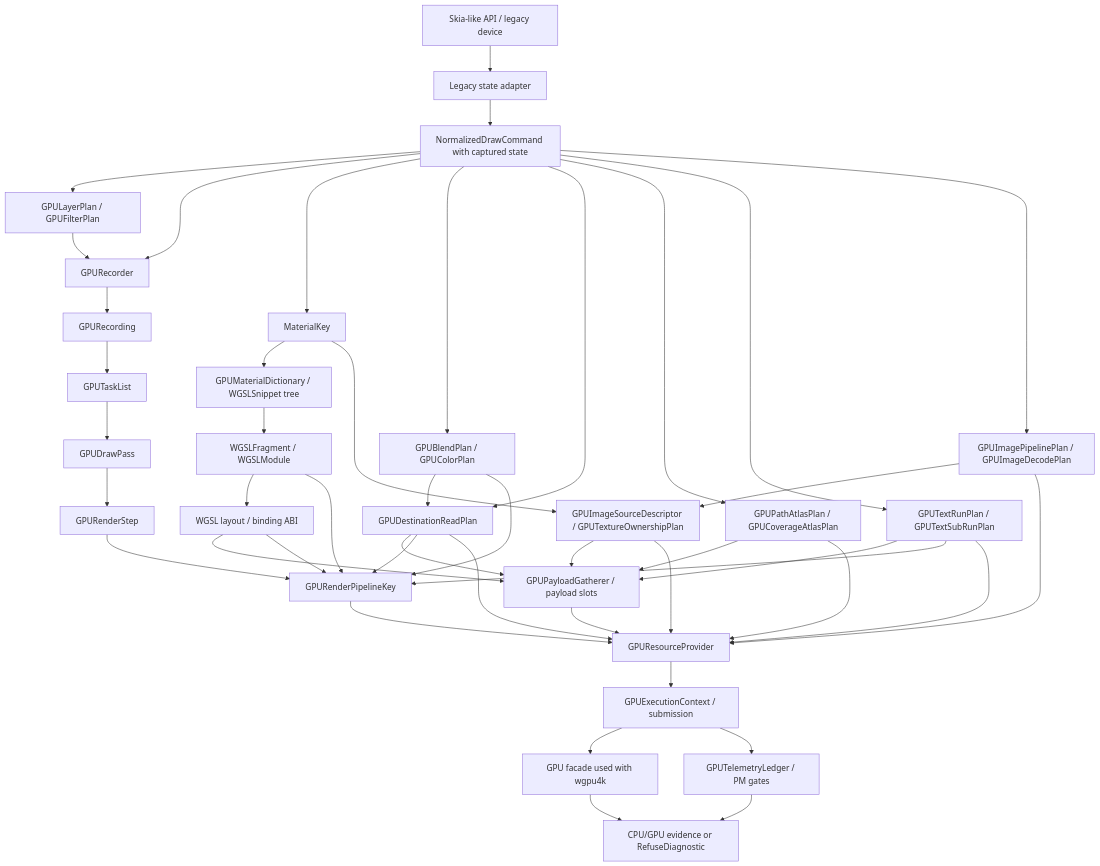
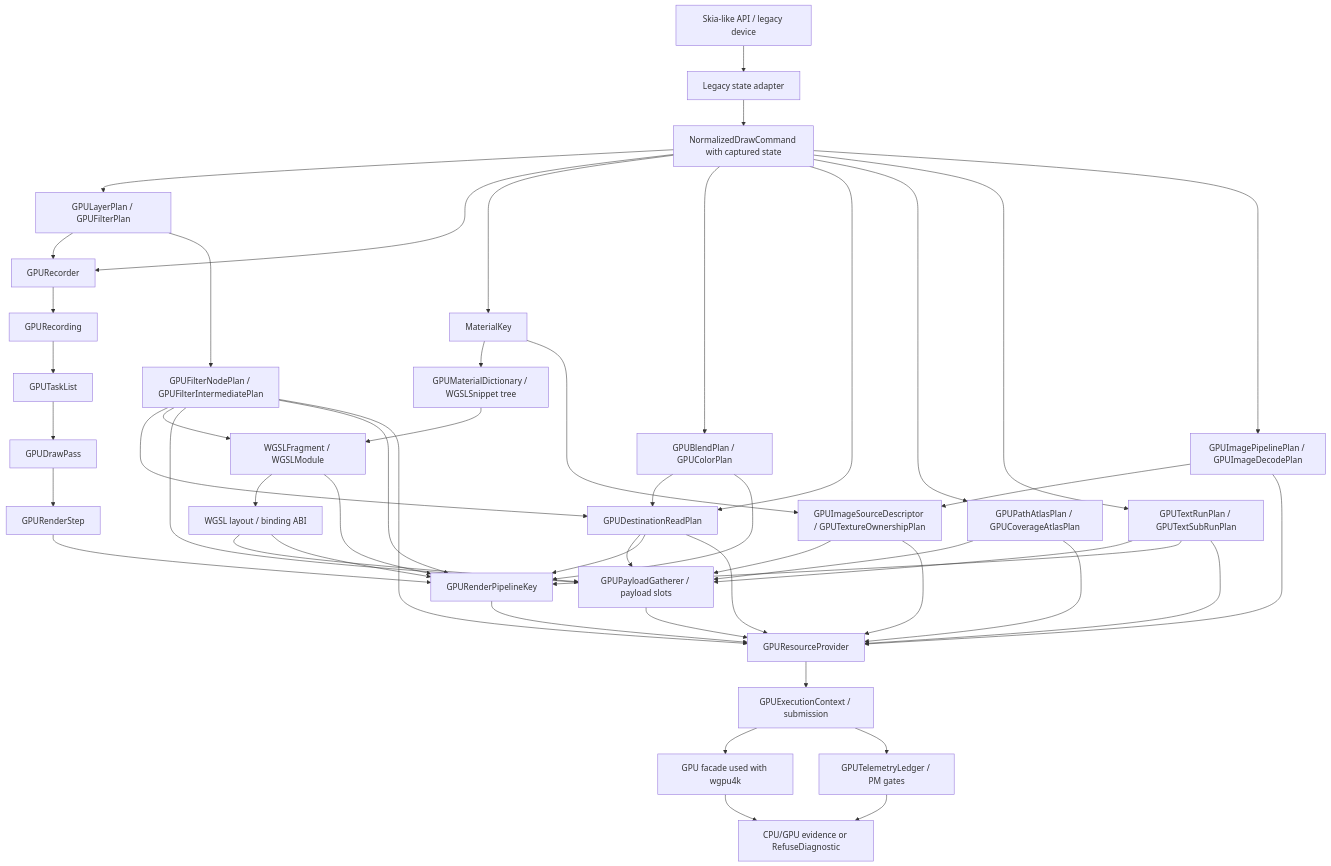
One commit to ygdrasil-io/kanvas changed the diagram in .upstream/specs/gpu-renderer/README.md. Above: the diagram before and after it, drawn with Mermaid. The commit also changed other lines of this file and 21 other files, not shown here.

````diff
--- a/.upstream/specs/gpu-renderer/README.md
+++ b/.upstream/specs/gpu-renderer/README.md
@@ -194,47 +203,53 @@
 ```mermaid
 flowchart TD
     legacy["Skia-like API / legacy device"] --> adapter["Legacy state adapter"]
     adapter --> command["NormalizedDrawCommand with captured state"]
     command --> layerplan["GPULayerPlan / GPUFilterPlan"]
     command --> recorder["GPURecorder"]
     layerplan --> recorder
+    layerplan --> filterdetail["GPUFilterNodePlan / GPUFilterIntermediatePlan"]
     recorder --> recording["GPURecording"]
     recording --> tasks["GPUTaskList"]
     tasks --> drawpass["GPUDrawPass"]
     drawpass --> step["GPURenderStep"]
     command --> material["MaterialKey"]
     material --> dictionary["GPUMaterialDictionary / WGSLSnippet tree"]
     command --> blend["GPUBlendPlan / GPUColorPlan"]
     command --> dstread["GPUDestinationReadPlan"]
     blend --> dstread
+    filterdetail --> dstread
     dictionary --> wgsl["WGSLFragment / WGSLModule"]
+    filterdetail --> wgsl
     material --> textureplan["GPUImageSourceDescriptor / GPUTextureOwnershipPlan"]
     command --> atlas["GPUPathAtlasPlan / GPUCoverageAtlasPlan"]
     command --> text["GPUTextRunPlan / GPUTextSubRunPlan"]
     wgsl --> abi["WGSL layout / binding ABI"]
     abi --> payload["GPUPayloadGatherer / payload slots"]
     command --> imageprep["GPUImagePipelinePlan / GPUImageDecodePlan"]
     imageprep --> textureplan
     imageprep --> resources
     textureplan --> payload
     atlas --> payload
     text --> payload
     dstread --> payload
+    filterdetail --> payload
     step --> pipeline["GPURenderPipelineKey"]
     blend --> pipeline
     dstread --> pipeline
+    filterdetail --> pipeline
     text --> pipeline
     abi --> pipeline
     wgsl --> pipeline
     payload --> resources
     textureplan --> resources
     atlas --> resources
     text --> resources
     dstread --> resources
+    filterdetail --> resources
     pipeline --> resources["GPUResourceProvider"]
     resources --> execution["GPUExecutionContext / submission"]
     execution --> facade["GPU facade used with wgpu4k"]
     execution --> telemetry["GPUTelemetryLedger / PM gates"]
     facade --> evidence["CPU/GPU evidence or RefuseDiagnostic"]
     telemetry --> evidence
 ```
````
